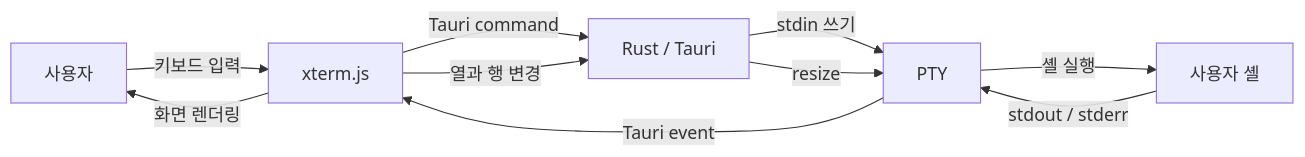
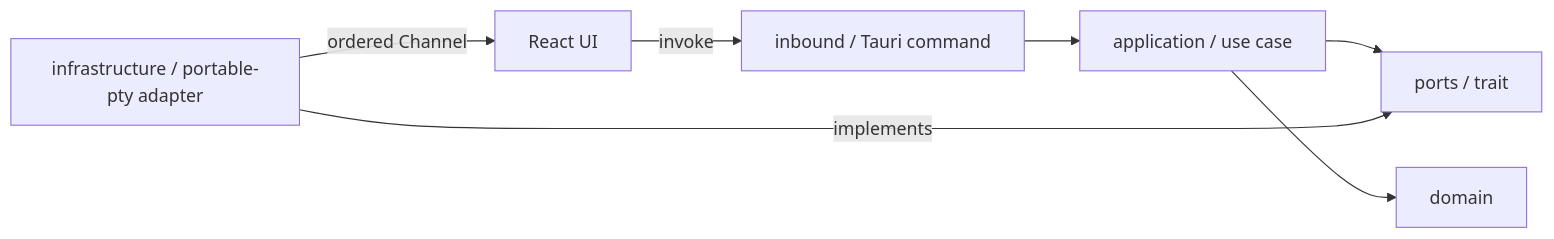
The first of 2 diagrams in README.md (yoophi/tauri-xterm-pty), drawn with Mermaid before and after one commit. The commit also changed other lines of this file and 73 other files, not shown here.

Commit message:
feat: implement Tauri PTY terminal app

````diff
--- a/README.md
+++ b/README.md
@@ -17,12 +48,9 @@
 ```mermaid
 flowchart LR
-    User[사용자] -->|키보드 입력| Xterm[xterm.js]
-    Xterm -->|Tauri command| Backend[Rust / Tauri]
-    Backend -->|stdin 쓰기| PTY[PTY]
-    PTY -->|셸 실행| Shell[사용자 셸]
-    Shell -->|stdout / stderr| PTY
-    PTY -->|Tauri event| Xterm
-    Xterm -->|화면 렌더링| User
-    Xterm -->|열과 행 변경| Backend
-    Backend -->|resize| PTY
+    UI[React UI] -->|invoke| Inbound[inbound / Tauri command]
+    Inbound --> App[application / use case]
+    App --> Domain[domain]
+    App --> Port[ports / trait]
+    Infra[infrastructure / portable-pty adapter] -->|implements| Port
+    Infra -->|ordered Channel| UI
 ```
````
